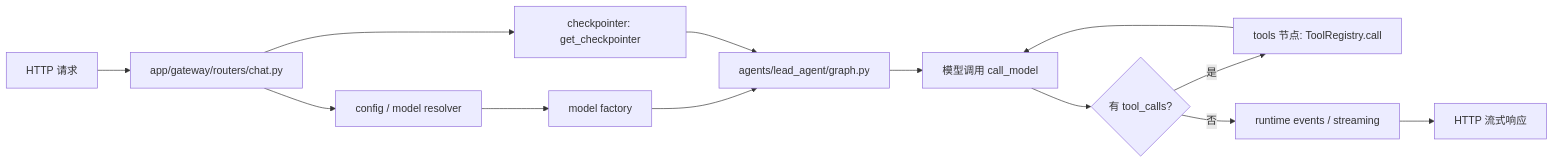
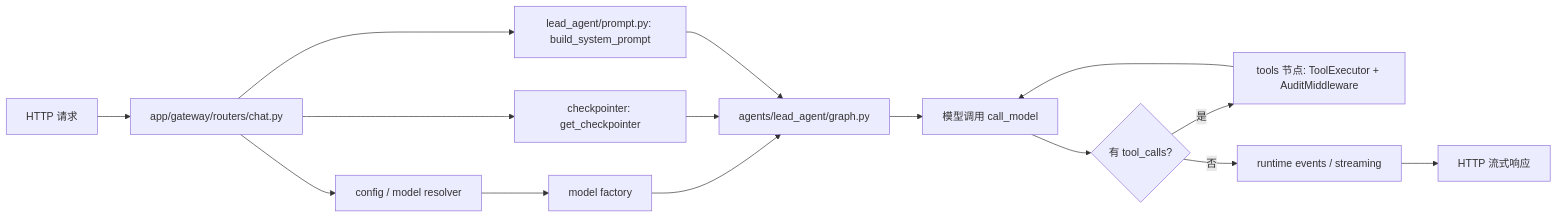
One commit to G0-000/my-agent-flow changed the first of 2 diagrams in backend/packages/harness/myagentflow/代码结构导览.md. Above: the diagram before and after it, drawn with Mermaid. The commit also changed other lines of this file and 10 other files, not shown here.

````diff
--- a/backend/packages/harness/myagentflow/代码结构导览.md
+++ b/backend/packages/harness/myagentflow/代码结构导览.md
@@ -33,15 +33,17 @@
 ```mermaid
 flowchart LR
   U[HTTP 请求] --> GW[app/gateway/routers/chat.py]
   GW --> CFG[config / model resolver]
   CFG --> FAC[model factory]
   FAC --> G[agents/lead_agent/graph.py]
   GW --> CP[checkpointer: get_checkpointer]
   CP --> G
+  GW --> P[lead_agent/prompt.py: build_system_prompt]
+  P --> G
   G --> M[模型调用 call_model]
   M --> T{有 tool_calls?}
-  T -- 是 --> TR[tools 节点: ToolRegistry.call]
+  T -- 是 --> TR[tools 节点: ToolExecutor + AuditMiddleware]
   TR --> M
   T -- 否 --> RT[runtime events / streaming]
   RT --> OUT[HTTP 流式响应]
 ```
````
